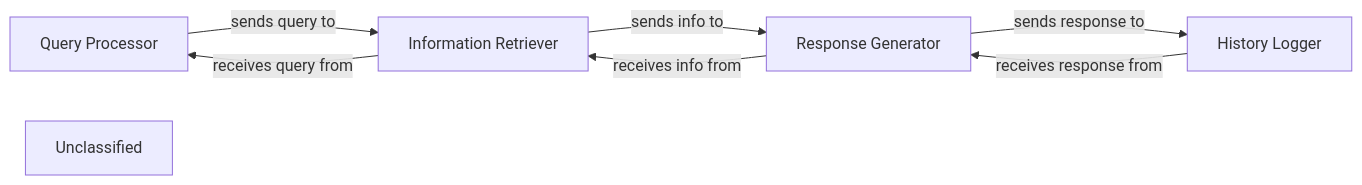
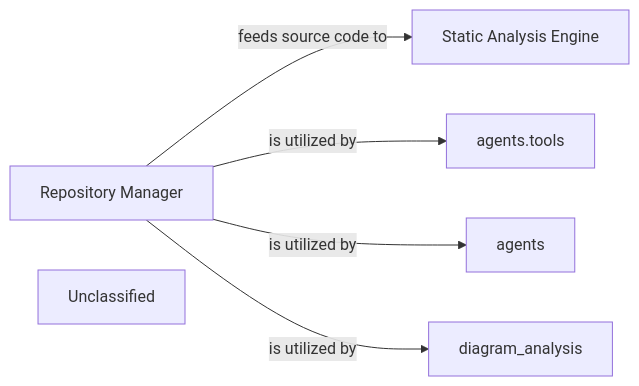
The diagram in .codeboarding/Repository_Manager.md (CodeBoarding/CodeBoarding), drawn with Mermaid before and after one commit. The commit also changed other lines of this file and 19 other files, not shown here.

First line of the commit message:
docs: update codeboarding documentation and generate architecture

````diff
--- a/.codeboarding/Repository_Manager.md
+++ b/.codeboarding/Repository_Manager.md
@@ -1,14 +1,15 @@
 ```mermaid
 graph LR
-    Query_Processor["Query Processor"]
-    Information_Retriever["Information Retriever"]
-    Response_Generator["Response Generator"]
-    History_Logger["History Logger"]
+    Repository_Manager["Repository Manager"]
+    Static_Analysis_Engine["Static Analysis Engine"]
+    agents_tools["agents.tools"]
+    agents["agents"]
+    diagram_analysis["diagram_analysis"]
     Unclassified["Unclassified"]
-    Query_Processor -- "sends query to" --> Information_Retriever
-    Information_Retriever -- "sends info to" --> Response_Generator
-    Response_Generator -- "sends response to" --> History_Logger
-    Information_Retriever -- "receives query from" --> Query_Processor
-    Response_Generator -- "receives info from" --> Information_Retriever
-    History_Logger -- "receives response from" --> Response_Generator
+    Repository_Manager -- "feeds source code to" --> Static_Analysis_Engine
+    Repository_Manager -- "is utilized by" --> agents_tools
+    Repository_Manager -- "is utilized by" --> agents
+    Repository_Manager -- "is utilized by" --> diagram_analysis
+    click Repository_Manager href "https://github.com/CodeBoarding/CodeBoarding/blob/main/.codeboarding/Repository_Manager.md" "Details"
+    click Static_Analysis_Engine href "https://github.com/CodeBoarding/CodeBoarding/blob/main/.codeboarding/Static_Analysis_Engine.md" "Details"
 ```
````
